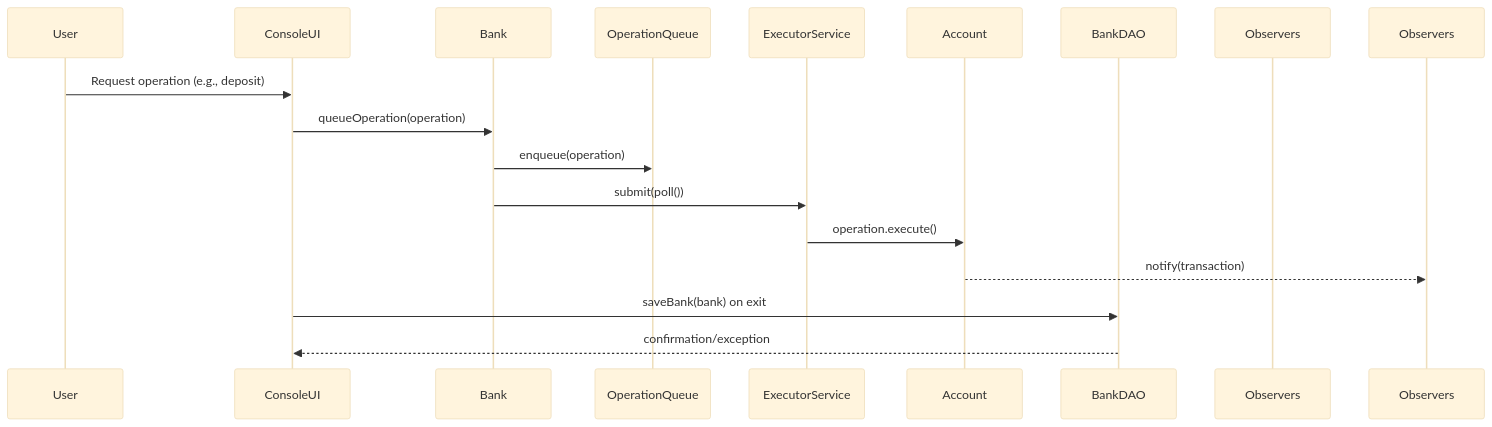
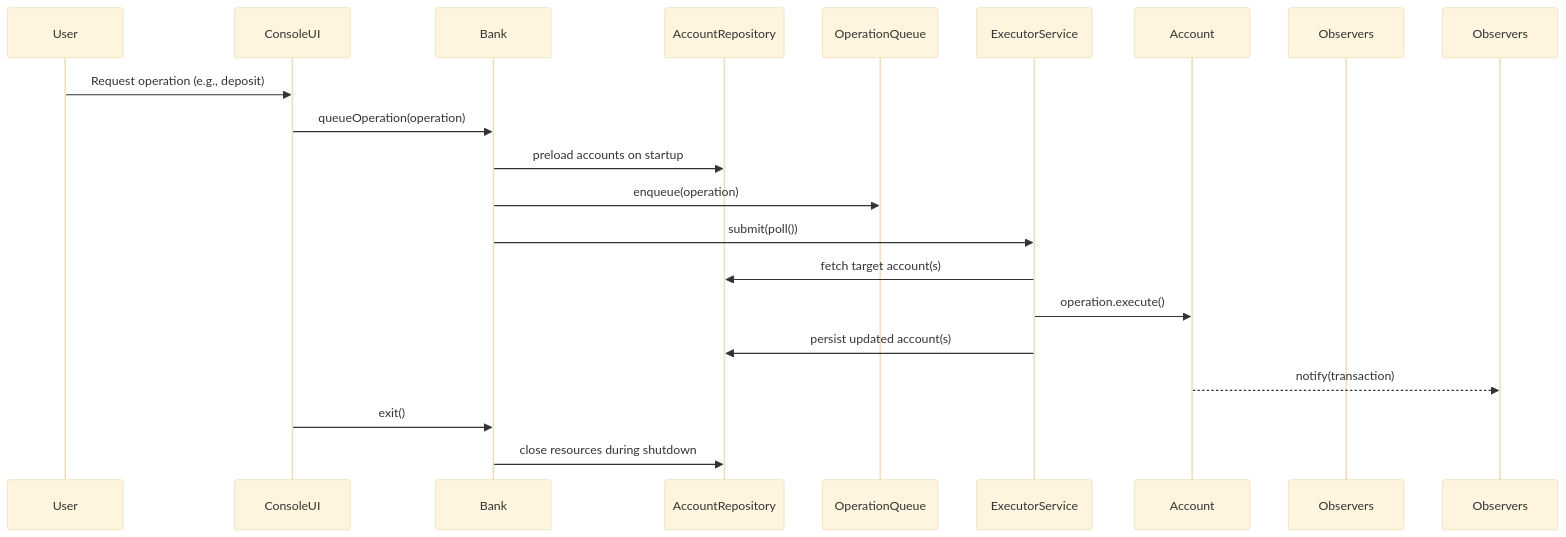
One commit to letsbegincode/Banking-System changed the first of 2 diagrams in docs/architecture-low-level.md. Above: the diagram before and after it, drawn with Mermaid (base theme). The commit also changed other lines of this file and 53 other files, not shown here.

````diff
--- a/docs/architecture-low-level.md
+++ b/docs/architecture-low-level.md
@@ -14,20 +15,23 @@
 ```mermaid
 sequenceDiagram
     participant User
     participant ConsoleUI
     participant Bank
+    participant Repo as AccountRepository
     participant Queue as OperationQueue
     participant Executor as ExecutorService
     participant Account
-    participant BankDAO
     participant Observer as Observers
 
     User->>ConsoleUI: Request operation (e.g., deposit)
     ConsoleUI->>Bank: queueOperation(operation)
+    Bank->>Repo: preload accounts on startup
     Bank->>Queue: enqueue(operation)
     Bank->>Executor: submit(poll())
+    Executor->>Repo: fetch target account(s)
     Executor->>Account: operation.execute()
+    Executor->>Repo: persist updated account(s)
     Account-->>Observers: notify(transaction)
-    ConsoleUI->>BankDAO: saveBank(bank) on exit
-    BankDAO-->>ConsoleUI: confirmation/exception
+    ConsoleUI->>Bank: exit()
+    Bank->>Repo: close resources during shutdown
 ```
````
